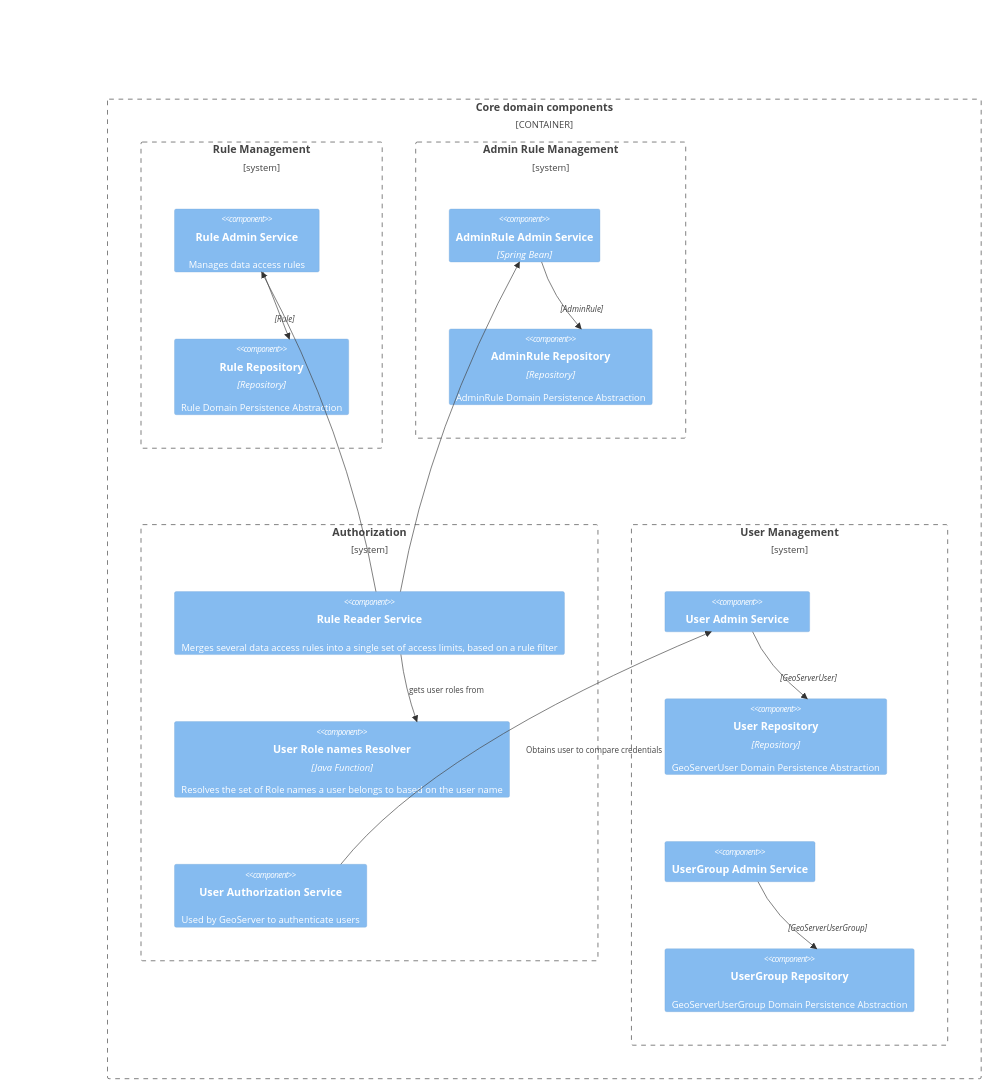
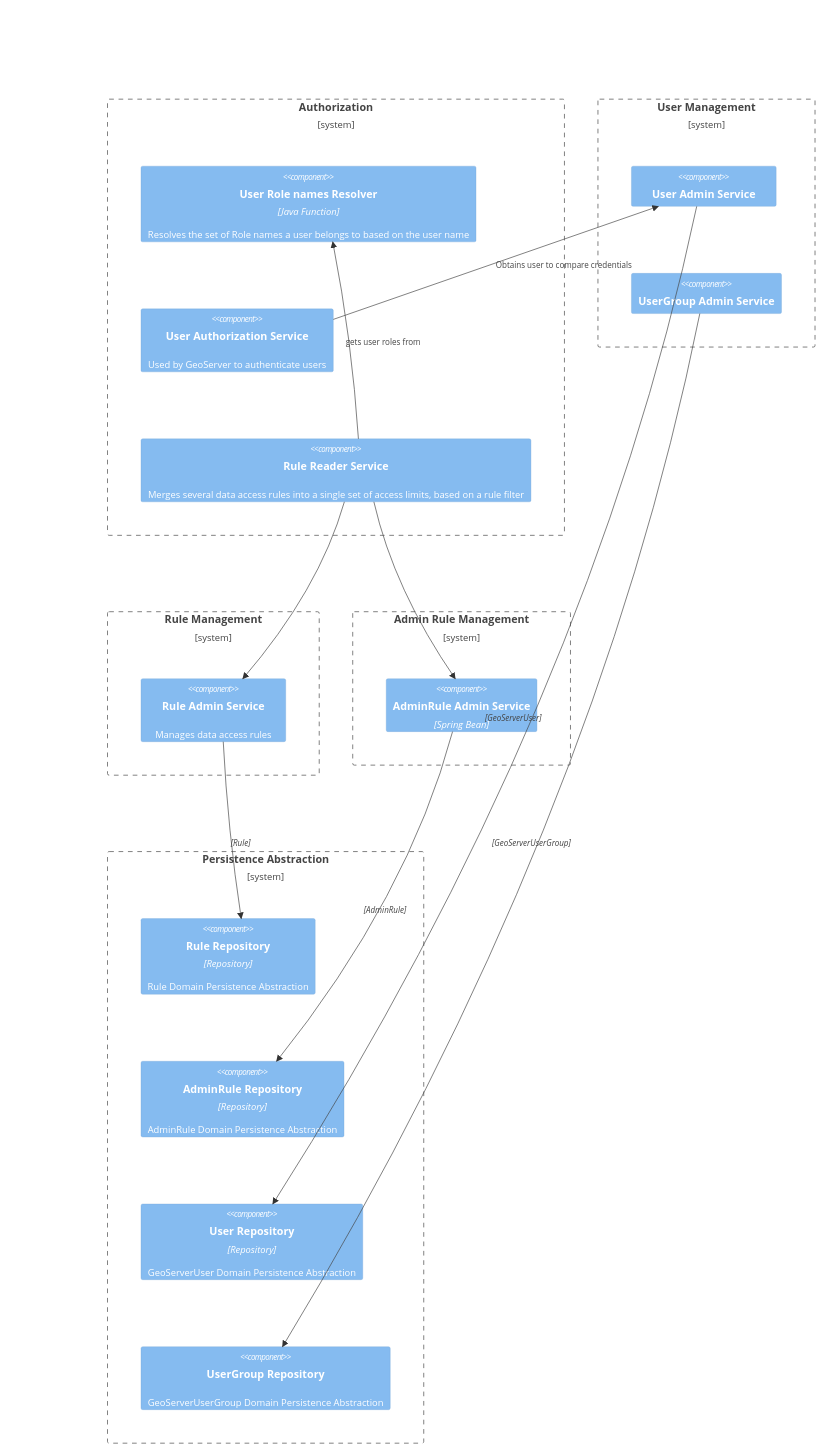
The second of 2 diagrams in src/domain/README.md (groldan/geofence), drawn with Mermaid before and after one commit. The commit also changed other lines of this file and 1 other file, not shown here.

Commit message:
Documentation updates

````diff
--- a/src/domain/README.md
+++ b/src/domain/README.md
@@ -19,45 +19,34 @@
 ```mermaid
 C4Context
-  Container_Boundary(b, "Core domain components") {
-    Boundary(rmb, "Rule Management") {
-      Component(rule, "Rule Admin Service", "", "Manages data access rules")
-      
-      Component(ruleRepo, "Rule Repository", "Repository", "Rule Domain Persistence Abstraction")
-      
-      Rel_R(rule, ruleRepo, "", "Rule")
-    }
-    Boundary(armb, "Admin Rule Management") {
-      Component(adminRule, "AdminRule Admin Service", "Spring Bean")
-      
-      Component(adminRuleRepo, "AdminRule Repository", "Repository", "AdminRule Domain Persistence Abstraction")
-      
-      Rel_R(adminRule, adminRuleRepo, "", "AdminRule")
-    }
-
-    Boundary(authb, "Authorization") {
-      Component(ruleAcces, "Rule Reader Service", "", "Merges several data access rules into a single set of access limits, based on a rule filter")
-      
-      Component(rolesResolver, "User Role names Resolver", "Java Function", "Resolves the set of Role names a user belongs to based on the user name")
-      
-      Component(auth, "User Authorization Service", "", "Used by GeoServer to authenticate users")
-      
-      Rel_R(auth, user, "Obtains user to compare credentials")
-      Rel_R(ruleAcces, adminRule, "")
-      Rel_R(ruleAcces, rule, "")
-      Rel_R(ruleAcces, rolesResolver, "gets user roles from")
-    }
-
-    Boundary(umb, "User Management") {
-      Component(user, "User Admin Service", "", "")
-      
-      Component(userRepo, "User Repository", "Repository", "GeoServerUser Domain Persistence Abstraction")
-      
-      Component(group, "UserGroup Admin Service", "", "")
-      
-      Component(groupRepo, "UserGroup Repository", "", "GeoServerUserGroup Domain Persistence Abstraction")
-      
-      Rel_R(user, userRepo, "", "GeoServerUser")
-      Rel_R(group, groupRepo, "", "GeoServerUserGroup")
-    }
+  Boundary(authb, "Authorization") {
+    Component(rolesResolver, "User Role names Resolver", "Java Function", "Resolves the set of Role names a user belongs to based on the user name")      
+    Component(auth, "User Authorization Service", "", "Used by GeoServer to authenticate users")
+    Component(ruleAcces, "Rule Reader Service", "", "Merges several data access rules into a single set of access limits, based on a rule filter",)
+    
+    Rel_R(auth, user, "Obtains user to compare credentials")
+    Rel_R(ruleAcces, adminRule, "")
+    Rel_R(ruleAcces, rule, "")
+    Rel_R(ruleAcces, rolesResolver, "gets user roles from")
+  }
+  Boundary(umb, "User Management") {
+    Component(user, "User Admin Service", "", "")
+    Rel_R(user, userRepo, "", "GeoServerUser")
+    
+    Component(group, "UserGroup Admin Service", "", "")      
+    Rel_R(group, groupRepo, "", "GeoServerUserGroup")
+  }
+  Boundary(rmb, "Rule Management") {
+    Component(rule, "Rule Admin Service", "", "Manages data access rules")      
+    Rel_R(rule, ruleRepo, "", "Rule")
+  }
+  Boundary(armb, "Admin Rule Management") {
+    Component(adminRule, "AdminRule Admin Service", "Spring Bean")
+    Rel_R(adminRule, adminRuleRepo, "", "AdminRule")
+  }
+  Boundary(repos, "Persistence Abstraction") {
+    Component(ruleRepo, "Rule Repository", "Repository", "Rule Domain Persistence Abstraction")
+    Component(adminRuleRepo, "AdminRule Repository", "Repository", "AdminRule Domain Persistence Abstraction")
+    Component(userRepo, "User Repository", "Repository", "GeoServerUser Domain Persistence Abstraction")
+    Component(groupRepo, "UserGroup Repository", "", "GeoServerUserGroup Domain Persistence Abstraction")
   }
 ```
````
